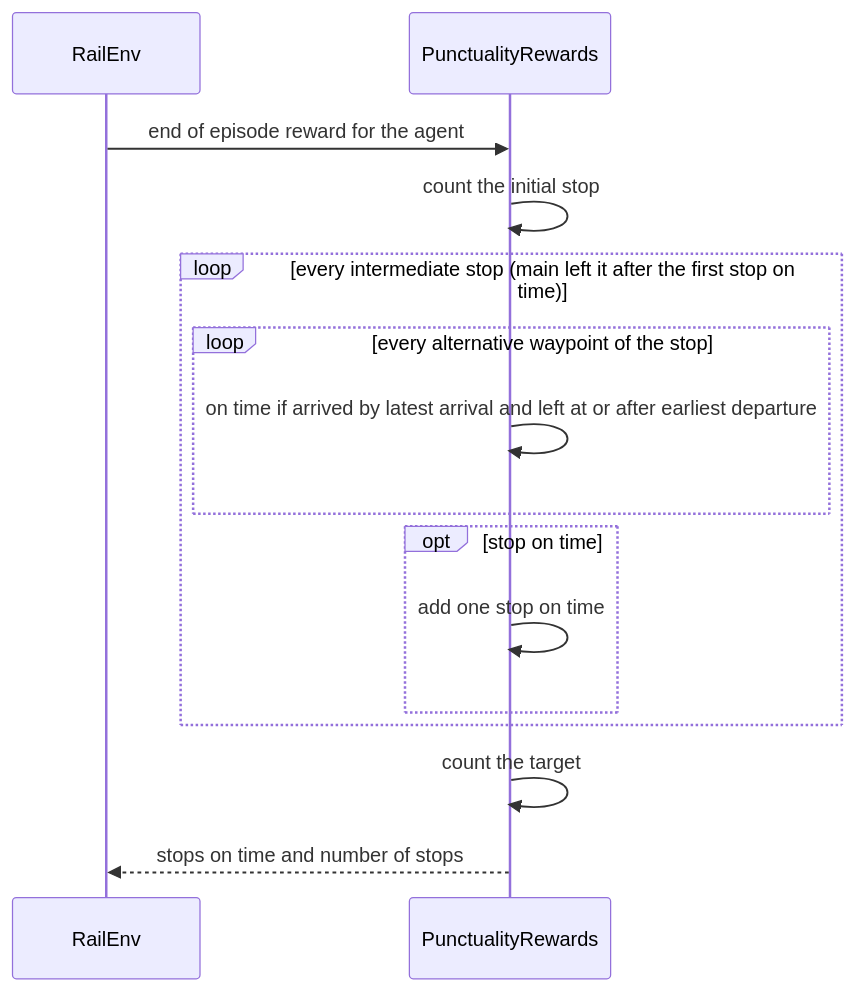
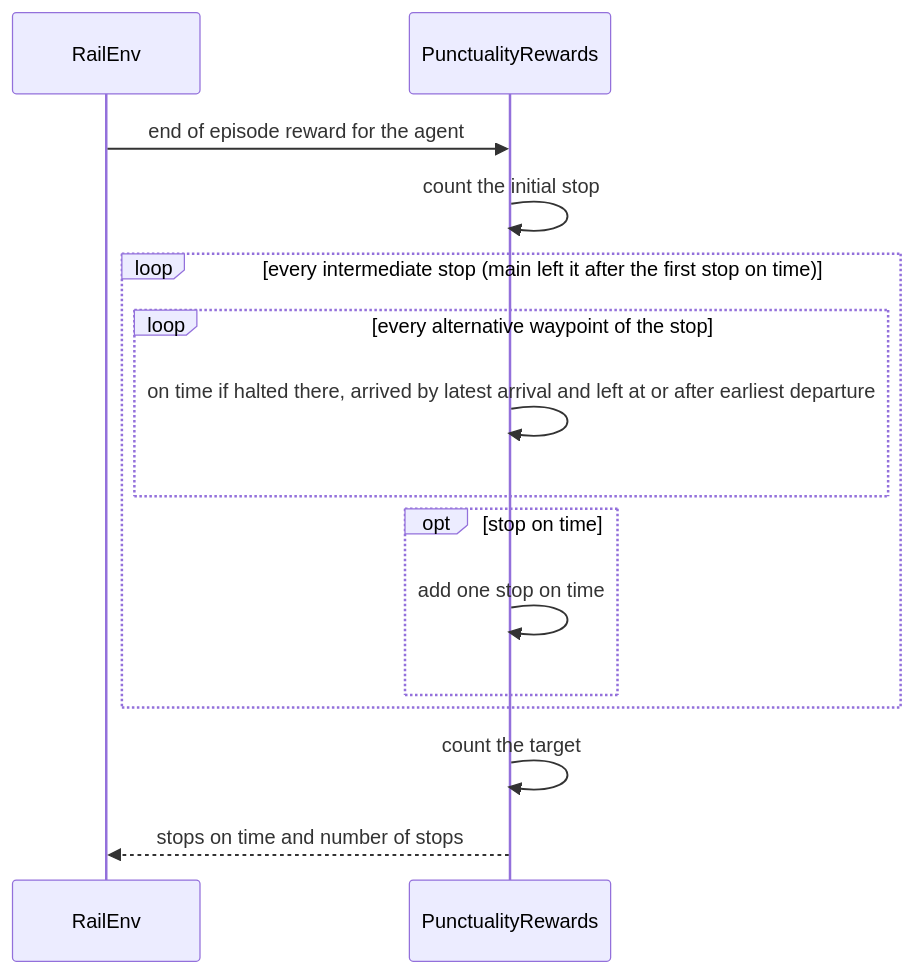
One commit to flatland-association/flatland-rl changed the second of 2 diagrams in docs/plans/punctuality-intermediate-stops.md. Above: the diagram before and after it, drawn with Mermaid. The commit also changed other lines of this file, not shown here.

Commit message:
docs(plans): record the shared served-stop rule of the default and punctuality rewards.

````diff
--- a/docs/plans/punctuality-intermediate-stops.md
+++ b/docs/plans/punctuality-intermediate-stops.md
@@ -255,17 +282,17 @@
 ```mermaid
 sequenceDiagram
     participant RailEnv
     participant PunctualityRewards
     RailEnv->>PunctualityRewards: end of episode reward for the agent
     PunctualityRewards->>PunctualityRewards: count the initial stop
     loop every intermediate stop (main left it after the first stop on time)
         loop every alternative waypoint of the stop
-            PunctualityRewards->>PunctualityRewards: on time if arrived by latest arrival and left at or after earliest departure
+            PunctualityRewards->>PunctualityRewards: on time if halted there, arrived by latest arrival and left at or after earliest departure
         end
         opt stop on time
             PunctualityRewards->>PunctualityRewards: add one stop on time
         end
     end
     PunctualityRewards->>PunctualityRewards: count the target
     PunctualityRewards-->>RailEnv: stops on time and number of stops
 ```
````
